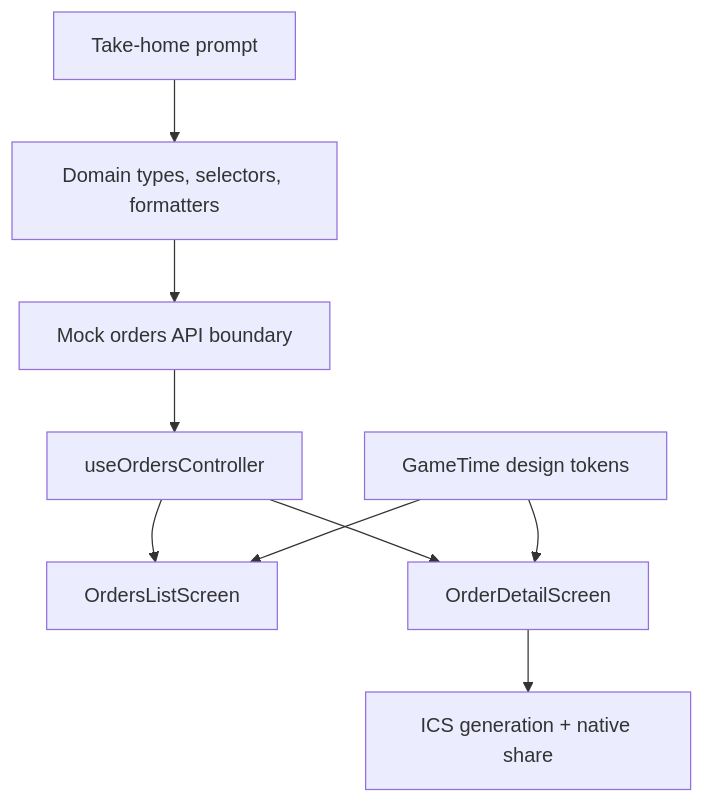
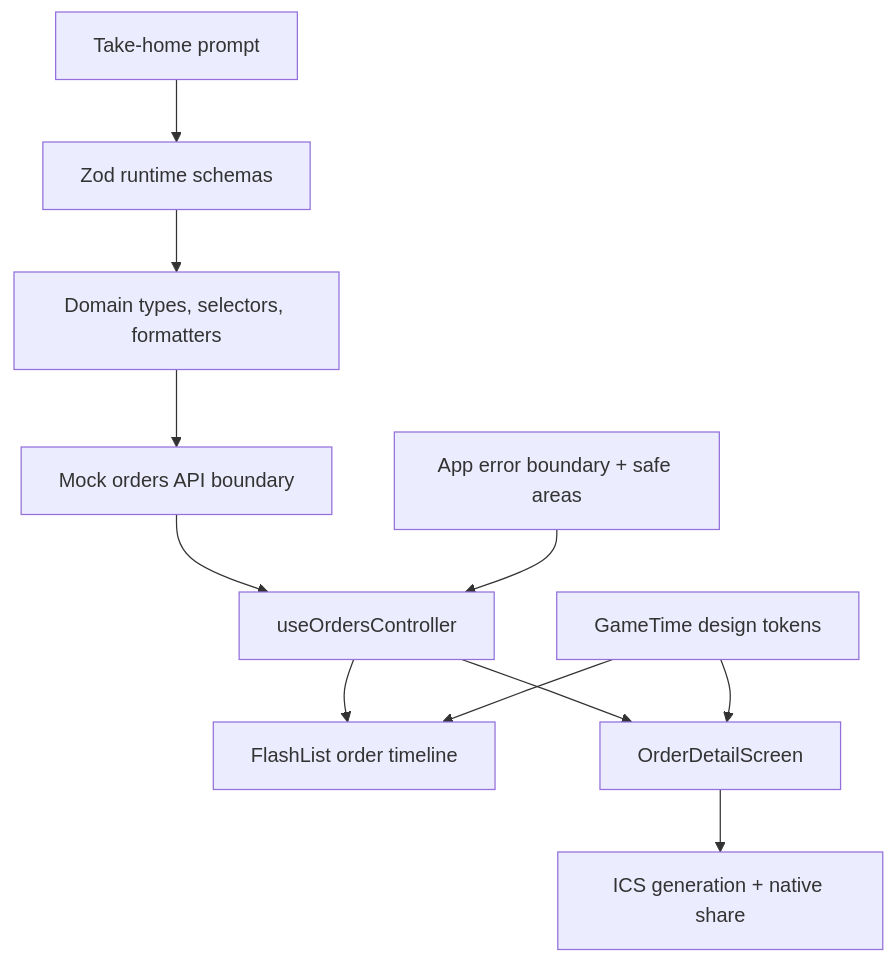
The first of 2 diagrams in README.md (jnrahme/GameTimeTest), drawn with Mermaid before and after one commit. The commit also changed other lines of this file and 30 other files, not shown here.

````diff
--- a/README.md
+++ b/README.md
@@ -62,11 +65,13 @@
 ```mermaid
 flowchart TB
-  Prompt[Take-home prompt] --> Domain[Domain types, selectors, formatters]
+  Prompt[Take-home prompt] --> Schema[Zod runtime schemas]
+  Schema --> Domain[Domain types, selectors, formatters]
   Domain --> API[Mock orders API boundary]
   API --> Controller[useOrdersController]
-  Controller --> List[OrdersListScreen]
+  Controller --> List[FlashList order timeline]
   Controller --> Detail[OrderDetailScreen]
   Detail --> Share[ICS generation + native share]
+  App[App error boundary + safe areas] --> Controller
   Theme[GameTime design tokens] --> List
   Theme --> Detail
 ```
````
